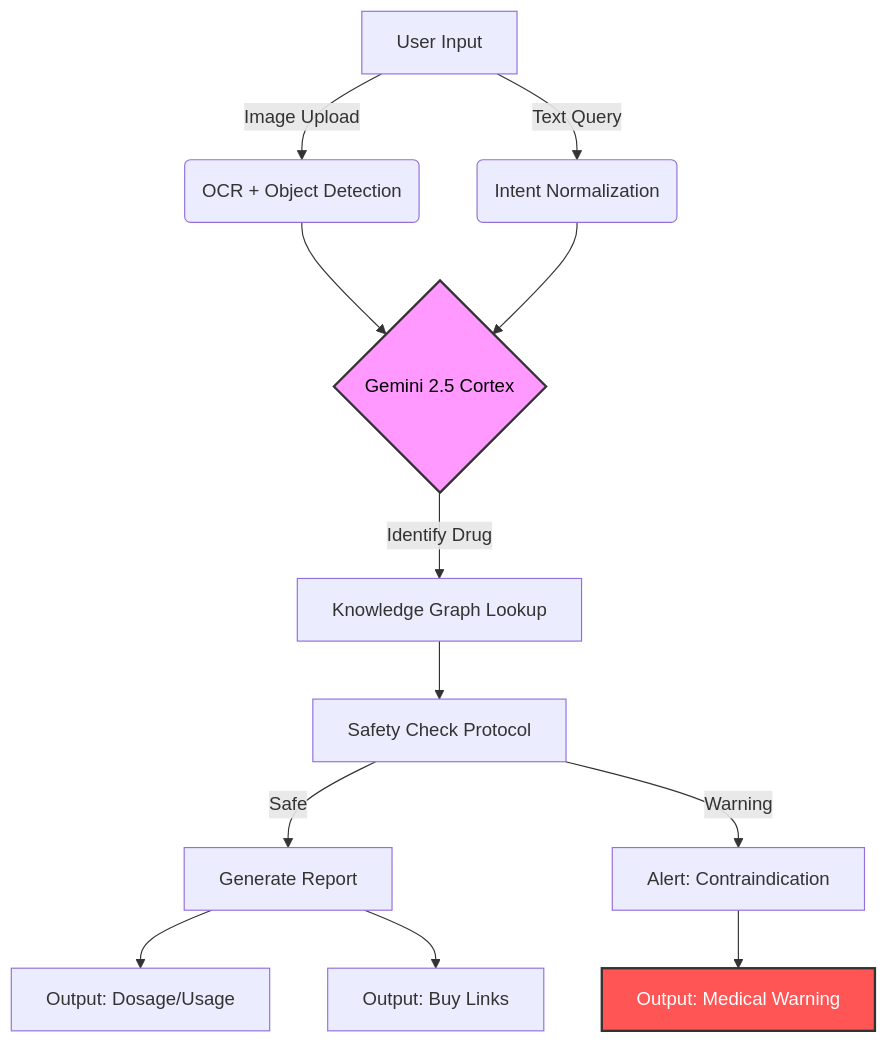
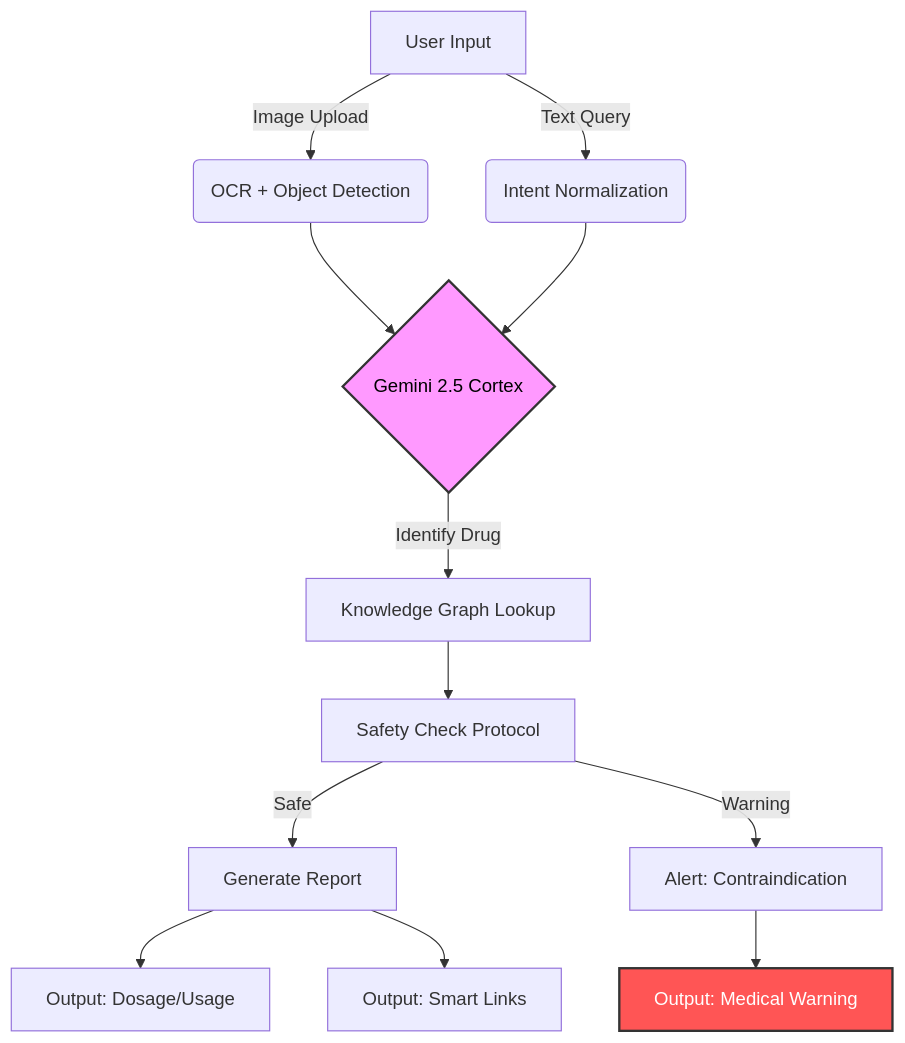
Before and after one commit to manishpatil55/drug-detect-plus: the diagram in README.md, drawn with Mermaid. The commit also changed other lines of this file, not shown here.

````diff
--- a/README.md
+++ b/README.md
@@ -61,19 +66,19 @@
 ```mermaid
 graph TD
     A[User Input] -->|Image Upload| B(OCR + Object Detection)
     A -->|Text Query| C(Intent Normalization)
     B --> D{Gemini 2.5 Cortex}
     C --> D
     
     D -->|Identify Drug| E[Knowledge Graph Lookup]
     E --> F[Safety Check Protocol]
     F -->|Safe| G[Generate Report]
     F -->|Warning| H[Alert: Contraindication]
     
     G --> I[Output: Dosage/Usage]
-    G --> J[Output: Buy Links]
+    G --> J[Output: Smart Links]
     H --> K[Output: Medical Warning]
     
     style D fill:#f9f,stroke:#333,stroke-width:2px,color:black
     style K fill:#ff5555,stroke:#333,stroke-width:2px,color:white
 ```
````
